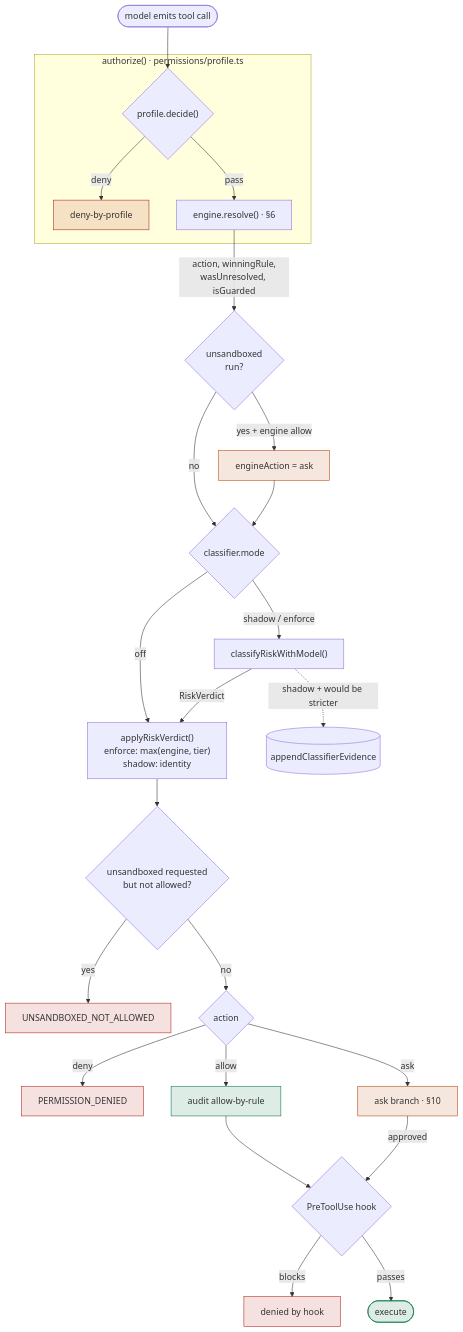
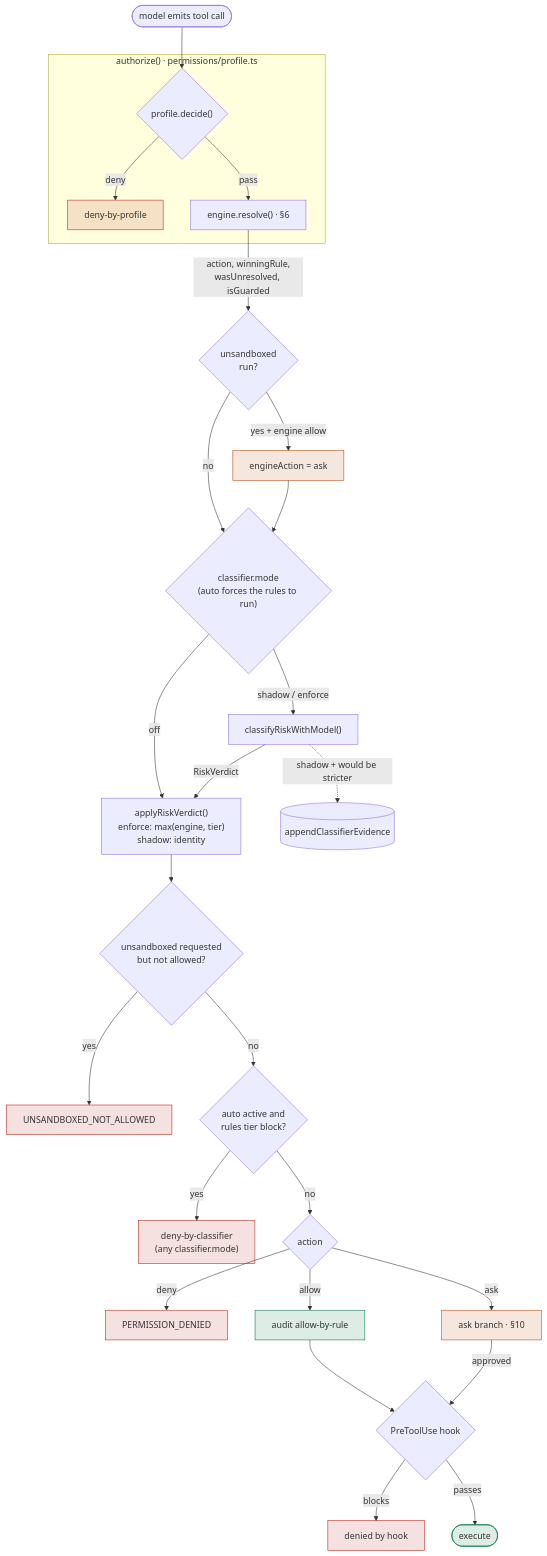
One commit to amenski/nib changed the first of 3 diagrams in docs/permission-spec.md. Above: the diagram before and after it, drawn with Mermaid. The commit also changed other lines of this file and 17 other files, not shown here.

````diff
--- a/docs/permission-spec.md
+++ b/docs/permission-spec.md
@@ -28,32 +31,34 @@
 ```mermaid
 flowchart TD
   TC([model emits tool call]) --> AUTH
   subgraph L1["authorize() · permissions/profile.ts"]
     AUTH{"profile.decide()"} -- deny --> PD[deny-by-profile]
     AUTH -- pass --> ENG["engine.resolve() · §6"]
   end
   ENG -->|"action, winningRule,<br/>wasUnresolved, isGuarded"| UNS{"unsandboxed<br/>run?"}
   UNS -- "yes + engine allow" --> FORCEASK["engineAction = ask"]
   UNS -- no --> CL
   FORCEASK --> CL
-  CL{"classifier.mode"} -- off --> CLAMP
+  CL{"classifier.mode<br/>(auto forces the rules to run)"} -- off --> CLAMP
   CL -- "shadow / enforce" --> RISK["classifyRiskWithModel()"]
   RISK -->|RiskVerdict| CLAMP["applyRiskVerdict()<br/>enforce: max(engine, tier)<br/>shadow: identity"]
   RISK -. "shadow + would be stricter" .-> EVID[(appendClassifierEvidence)]
   CLAMP --> UNA{"unsandboxed requested<br/>but not allowed?"}
   UNA -- yes --> DENYU[UNSANDBOXED_NOT_ALLOWED]
-  UNA -- no --> ACT{action}
+  UNA -- no --> ARB{"auto active and<br/>rules tier block?"}
+  ARB -- yes --> DENYA["deny-by-classifier<br/>(any classifier.mode)"]
+  ARB -- no --> ACT{action}
   ACT -- deny --> DENY["PERMISSION_DENIED"]
   ACT -- ask --> ASK["ask branch · §10"]
   ACT -- allow --> AR["audit allow-by-rule"]
   AR --> PTU{"PreToolUse hook"}
   ASK -->|approved| PTU
   PTU -- blocks --> HD[denied by hook]
   PTU -- passes --> EXEC([execute])
   classDef deny fill:#b4231822,stroke:#b42318;
   classDef ask fill:#b5470822,stroke:#b54708;
   classDef ok fill:#06764722,stroke:#067647;
-  class PD,DENYU,DENY,HD deny
+  class PD,DENYU,DENY,DENYA,HD deny
   class ASK,FORCEASK ask
   class EXEC,AR ok
 ```
````
